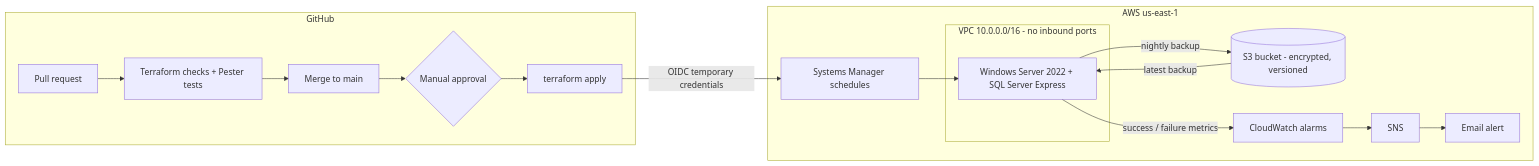
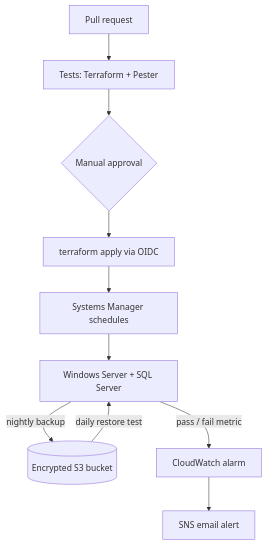
Before and after one commit to jackcgolden1/windows-backup-dr: the diagram in README.md, drawn with Mermaid.

Commit message:
Make architecture diagram vertical so it's readable

````diff
--- a/README.md
+++ b/README.md
@@ -9,22 +9,12 @@
 ```mermaid
-flowchart LR
-  subgraph GitHub
-    PR[Pull request] --> CI[Terraform checks + Pester tests]
-    CI --> Merge[Merge to main]
-    Merge --> Gate{Manual approval}
-    Gate --> Deploy[terraform apply]
-  end
-
-  Deploy -- OIDC temporary credentials --> SSM
-
-  subgraph AWS["AWS us-east-1"]
-    subgraph VPC["VPC 10.0.0.0/16 - no inbound ports"]
-      EC2[Windows Server 2022 + SQL Server Express]
-    end
-    SSM[Systems Manager schedules] --> EC2
-    EC2 -- nightly backup --> S3[(S3 bucket - encrypted, versioned)]
-    S3 -- latest backup --> EC2
-    EC2 -- success / failure metrics --> CW[CloudWatch alarms]
-    CW --> SNS[SNS] --> Email[Email alert]
-  end
+flowchart TB
+  PR[Pull request] --> CI[Tests: Terraform + Pester]
+  CI --> Gate{Manual approval}
+  Gate --> Deploy[terraform apply via OIDC]
+  Deploy --> SSM[Systems Manager schedules]
+  SSM --> EC2[Windows Server + SQL Server]
+  EC2 -->|nightly backup| S3[(Encrypted S3 bucket)]
+  S3 -->|daily restore test| EC2
+  EC2 -->|pass / fail metric| CW[CloudWatch alarm]
+  CW --> Email[SNS email alert]
 ```
````
